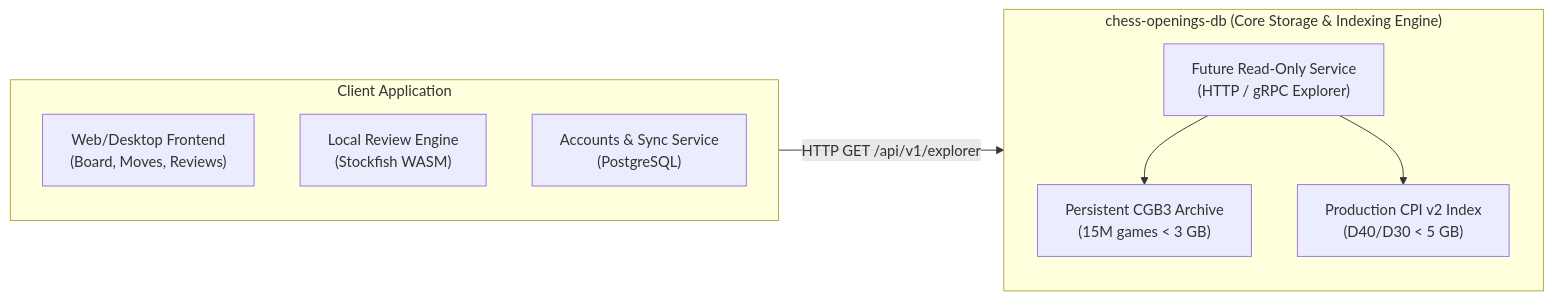
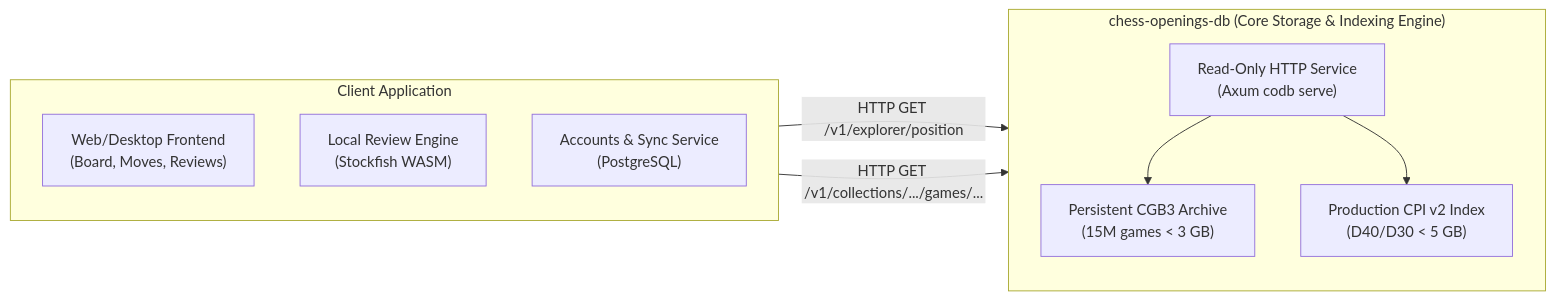
Before and after one commit to Nerver-zip/chess-database-api: the third of 3 diagrams in docs/ARCHITECTURE.md, drawn with Mermaid. The commit also changed other lines of this file and 37 other files, not shown here.

First line of the commit message:
feat(api): Production-Ready Opening Explorer Read-Only HTTP API Service (PR-04) (#5)

````diff
--- a/docs/ARCHITECTURE.md
+++ b/docs/ARCHITECTURE.md
@@ -195,20 +216,21 @@
 ```mermaid
 graph LR
     subgraph Engine["chess-openings-db (Core Storage & Indexing Engine)"]
         direction TB
         DB_STORE["Persistent CGB3 Archive<br/>(15M games < 3 GB)"]
         DB_INDEX["Production CPI v2 Index<br/>(D40/D30 < 5 GB)"]
-        DB_API["Future Read-Only Service<br/>(HTTP / gRPC Explorer)"]
+        DB_API["Read-Only HTTP Service<br/>(Axum codb serve)"]
     end
 
     subgraph Client["Client Application"]
         direction TB
         CLIENT_WEB["Web/Desktop Frontend<br/>(Board, Moves, Reviews)"]
         CLIENT_LOCAL["Local Review Engine<br/>(Stockfish WASM)"]
         CLIENT_SYNC["Accounts & Sync Service<br/>(PostgreSQL)"]
     end
 
-    CLIENT_WEB -->|HTTP GET /api/v1/explorer| DB_API
+    CLIENT_WEB -->|HTTP GET /v1/explorer/position| DB_API
+    CLIENT_WEB -->|HTTP GET /v1/collections/.../games/...| DB_API
     DB_API --> DB_INDEX
     DB_API --> DB_STORE
 ```
````
